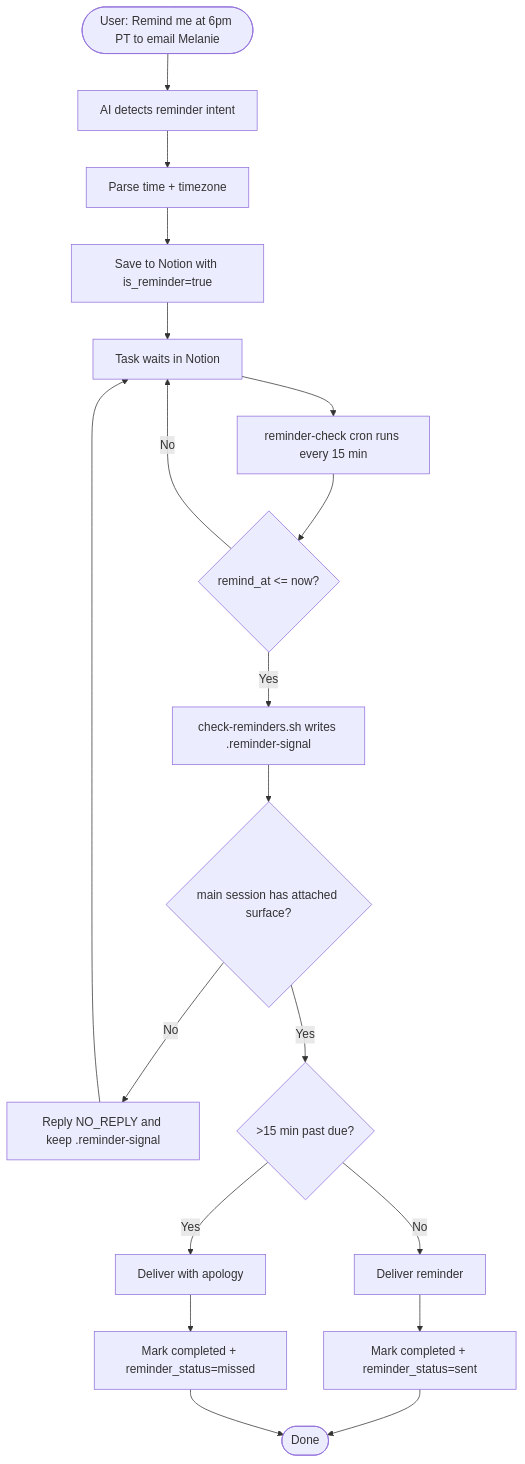
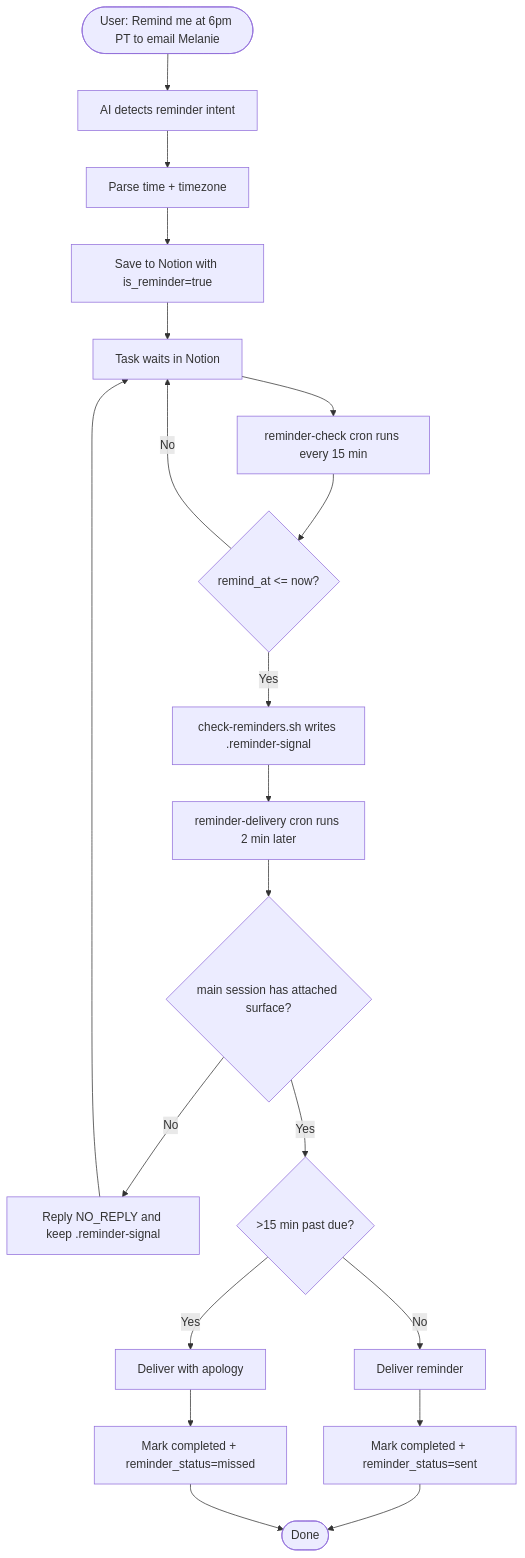
Diagram 28 of 29 in docs/task-lifecycle.md (NickBorgersProbably/hide-my-list), drawn with Mermaid before and after one commit. The commit also changed other lines of this file and 12 other files, not shown here.

Commit message:
Split reminder-check into polling and delivery cron jobs

````diff
--- a/docs/task-lifecycle.md
+++ b/docs/task-lifecycle.md
@@ -928,25 +928,26 @@
 ```mermaid
 flowchart TD
     Intake([User: Remind me at 6pm PT to email Melanie]) --> Detect[AI detects reminder intent]
     Detect --> Parse[Parse time + timezone]
     Parse --> Save[Save to Notion with is_reminder=true]
 
     Save --> Wait[Task waits in Notion]
     Wait --> Cron[reminder-check cron runs every 15 min]
     Cron --> Due{remind_at <= now?}
     Due -->|No| Wait
     Due -->|Yes| Signal[check-reminders.sh writes .reminder-signal]
-    Signal --> Surface{main session has attached surface?}
+    Signal --> Deliver[reminder-delivery cron runs 2 min later]
+    Deliver --> Surface{main session has attached surface?}
     Surface -->|No| Retry[Reply NO_REPLY and keep .reminder-signal]
     Retry --> Wait
     Surface -->|Yes| Late{>15 min past due?}
 
     Late -->|No| Send[Deliver reminder]
     Late -->|Yes| SendMissed[Deliver with apology]
 
     Send --> Complete[Mark completed + reminder_status=sent]
     SendMissed --> Complete2[Mark completed + reminder_status=missed]
 
     Complete --> Done([Done])
     Complete2 --> Done
 ```
````
